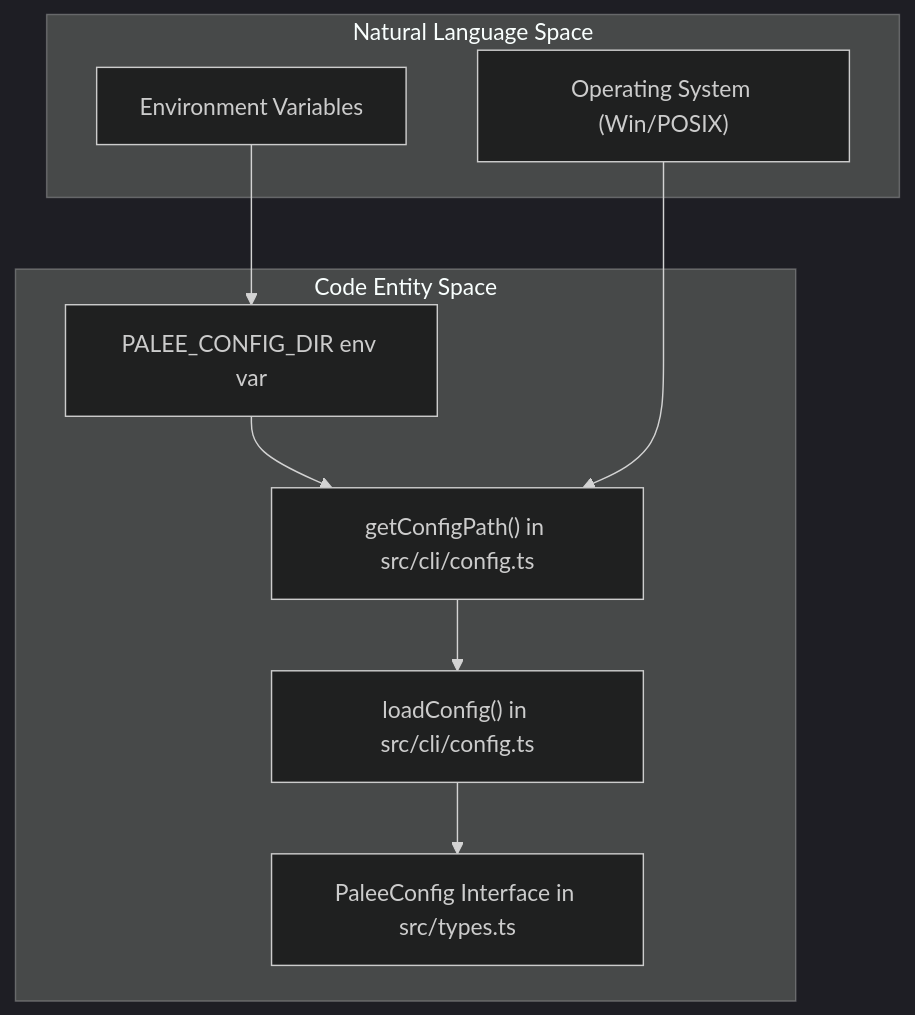
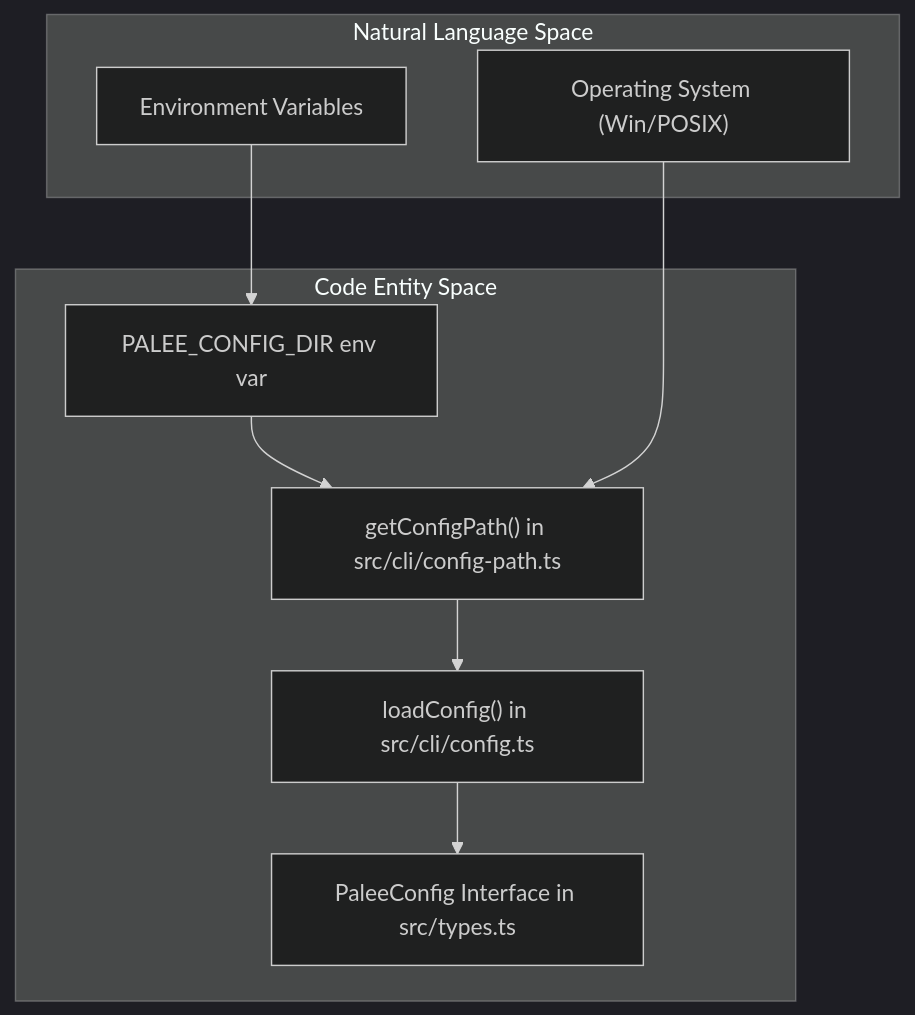
The first of 2 diagrams in docs/05-2-configuration-and-cli-option-types.md (Kuldeep2822k/cli), drawn with Mermaid (dark theme) before and after one commit. The commit also changed other lines of this file and 4 other files, not shown here.

````diff
--- a/docs/05-2-configuration-and-cli-option-types.md
+++ b/docs/05-2-configuration-and-cli-option-types.md
@@ -106,18 +106,18 @@
 ```mermaid
 flowchart TD
     subgraph subGraph1 ["Code Entity Space"]
-        GCP["getConfigPath() in src/cli/config.ts"]
+        GCP["getConfigPath() in src/cli/config-path.ts"]
         LC["loadConfig() in src/cli/config.ts"]
         PC["PaleeConfig Interface in src/types.ts"]
         PCE["PALEE_CONFIG_DIR env var"]
     end
     subgraph subGraph0 ["Natural Language Space"]
         UserEnv["Environment Variables"]
         OS["Operating System (Win/POSIX)"]
     end
     UserEnv --> PCE
     PCE --> GCP
     OS --> GCP
     GCP --> LC
     LC --> PC
 ```
````
